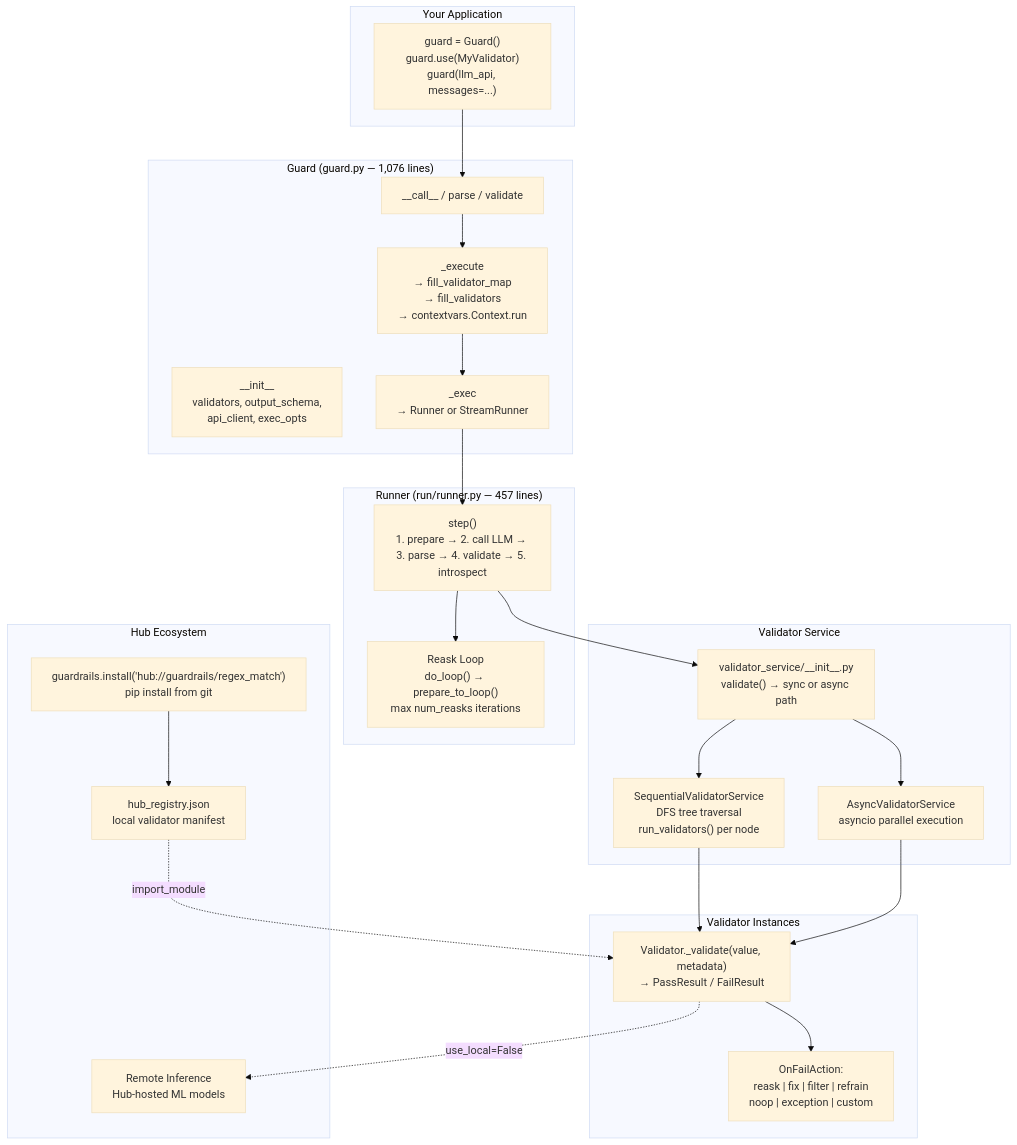
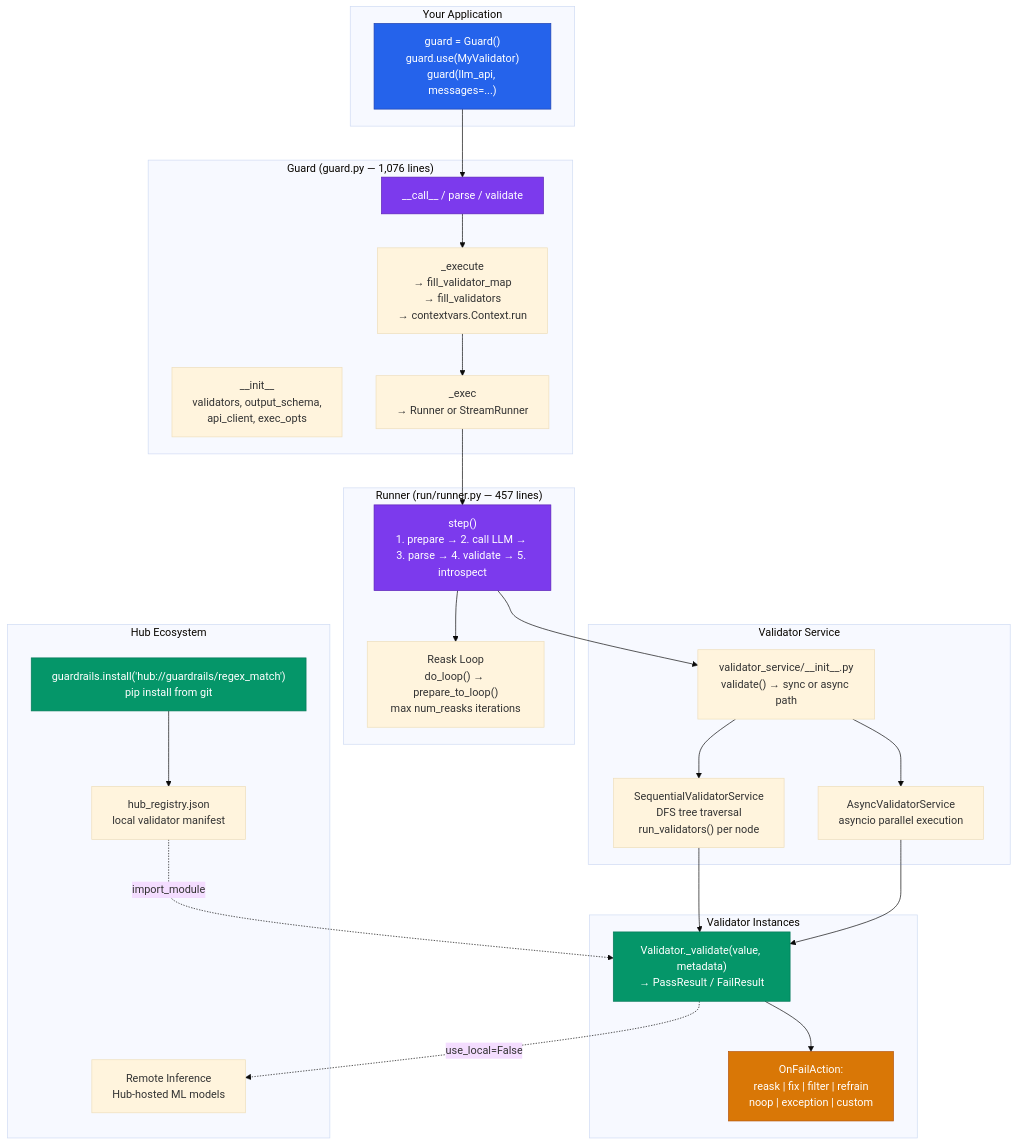
Before and after one commit to Codeblackbyshazzy/awesome-ai-anatomy: the first of 2 diagrams in guardrails-ai/README.md, drawn with Mermaid (base theme). The commit also changed 4 other files, not shown here.

Commit message:
style: unified Mermaid color scheme across all teardowns

````diff
--- a/guardrails-ai/README.md
+++ b/guardrails-ai/README.md
@@ -24,50 +24,63 @@
 ```mermaid
 flowchart TB
     subgraph UserCode["Your Application"]
         UC["guard = Guard()\nguard.use(MyValidator)\nguard(llm_api, messages=...)"]
     end
 
     subgraph GuardClass["Guard (guard.py — 1,076 lines)"]
         Init["__init__\nvalidators, output_schema,\napi_client, exec_opts"]
         Call["__call__ / parse / validate"]
         Execute["_execute\n→ fill_validator_map\n→ fill_validators\n→ contextvars.Context.run"]
         Exec["_exec\n→ Runner or StreamRunner"]
     end
 
     subgraph RunnerLayer["Runner (run/runner.py — 457 lines)"]
         Step["step()\n1. prepare → 2. call LLM → 3. parse → 4. validate → 5. introspect"]
         ReaskLoop["Reask Loop\ndo_loop() → prepare_to_loop()\nmax num_reasks iterations"]
     end
 
     subgraph ValidatorService["Validator Service"]
         VS["validator_service/__init__.py\nvalidate() → sync or async path"]
         SeqVS["SequentialValidatorService\nDFS tree traversal\nrun_validators() per node"]
         AsyncVS["AsyncValidatorService\nasyncio parallel execution"]
     end
 
     subgraph ValidatorLayer["Validator Instances"]
         V1["Validator._validate(value, metadata)\n→ PassResult / FailResult"]
         V2["OnFailAction:\nreask | fix | filter | refrain\nnoop | exception | custom"]
     end
 
     subgraph HubSystem["Hub Ecosystem"]
         Install["guardrails.install('hub://guardrails/regex_match')\npip install from git"]
         Registry["hub_registry.json\nlocal validator manifest"]
         Remote["Remote Inference\nHub-hosted ML models"]
     end
 
     UC --> Call
     Call --> Execute
     Execute --> Exec
     Exec --> Step
     Step --> ReaskLoop
     Step --> VS
     VS --> SeqVS
     VS --> AsyncVS
     SeqVS --> V1
     AsyncVS --> V1
     V1 --> V2
     Install --> Registry
     Registry -.->|"import_module"| V1
     V1 -.->|"use_local=False"| Remote
+
+    classDef primary fill:#2563eb,stroke:#1e40af,color:#fff
+    classDef secondary fill:#7c3aed,stroke:#5b21b6,color:#fff
+    classDef accent fill:#059669,stroke:#047857,color:#fff
+    classDef warn fill:#d97706,stroke:#b45309,color:#fff
+    classDef neutral fill:#374151,stroke:#1f2937,color:#fff
+
+    class UC primary
+    class Call secondary
+    class Step secondary
+    class V1 accent
+    class V2 warn
+    class Install accent
 ```
````
